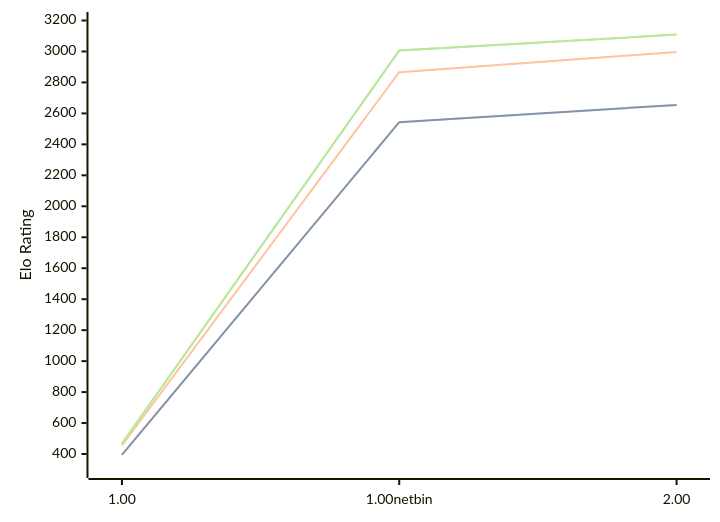
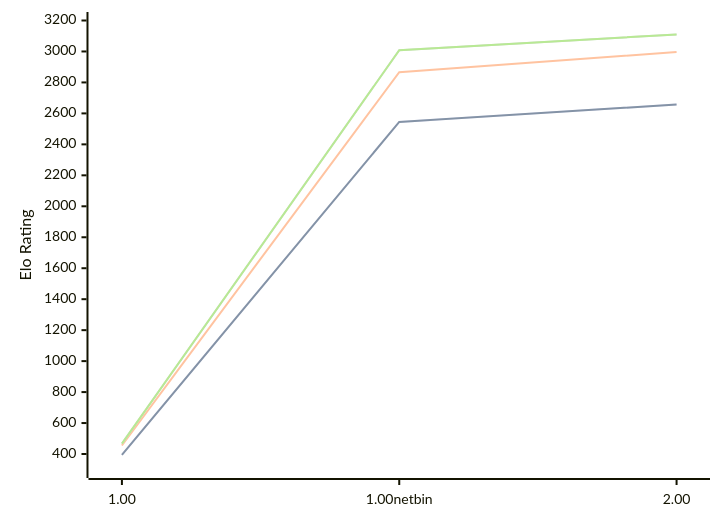
Before and after one commit to computer-chess-index/cci: the diagram in engines/Gilipol.md, drawn with Mermaid. The commit also changed other lines of this file, not shown here.

Commit message:
Update CCI Ratings (ELO VLTC) - 2026-09-13

````diff
--- a/engines/Gilipol.md
+++ b/engines/Gilipol.md
@@ -33,11 +33,11 @@
 ```mermaid
 %%{init: {"theme":"base","themeVariables":{"seriesColors:['#a3a3a3','#222221','#faa371']}}}%%
 xychart-beta
   x-axis ["1.00", "1.00netbin", "2.00"]
   y-axis "Elo Rating" 300 --> 3200
-  line "" [394, 2543, 2655]
-  line "STC (8.0+0.08s)" [394, 2543, 2655]
+  line "" [394, 2545, 2657]
+  line "STC (8.0+0.08s)" [394, 2545, 2657]
   line "LTC (60.0+0.60s)" [455, 2866, 2997]
-  line "" [467, 3006, 3109]
-  line "VLTC (2m24s+1.12s)" [467, 3006, 3109]
+  line "" [467, 3008, 3110]
+  line "VLTC (2m24s+1.12s)" [467, 3008, 3110]
 ```
````
